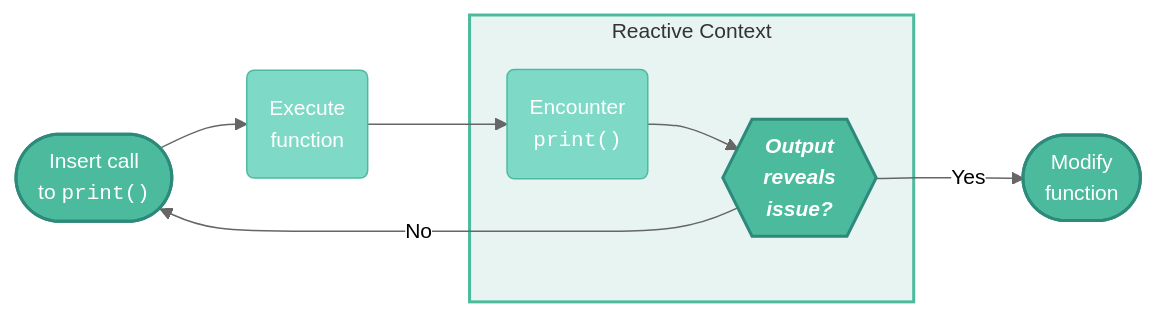
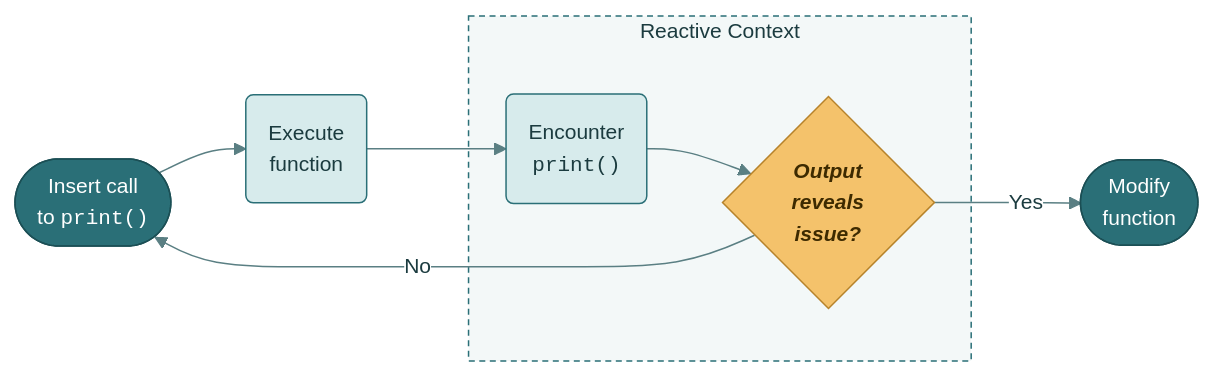
One commit to mjfrigaard/shiny-app-pkgs changed the second of 2 diagrams in debug_print.qmd. Above: the diagram before and after it, drawn with Mermaid. The commit also changed other lines of this file and 22 other files, not shown here.

First line of the commit message:
Standardize mermaid diagrams on the site teal palette

````diff
--- a/debug_print.qmd
+++ b/debug_print.qmd
@@ -132,23 +134,25 @@
 ```{mermaid}
 %%| fig-cap: "Reactive print debugging with `print()` function calls"
 %%| fig-align: center
-%%{init: {'theme': 'neutral', 'themeVariables': { 'fontFamily': 'monospace', "fontSize":"14px"}}}%%
+%%{init: {'theme': 'base', 'themeVariables': { 'fontFamily': 'monospace', "fontSize":"14px", "primaryColor":"#D7EBEC", "primaryTextColor":"#1B3B3F", "primaryBorderColor":"#2A6F77", "lineColor":"#5A7F83", "edgeLabelBackground":"#FFFFFF", "clusterBkg":"#F3F8F8", "clusterBorder":"#2A6F77", "darkMode":false}}}%%
 flowchart LR
         Insert(["Insert call<br>to <code>print()</code>"])
         Exec("Execute<br>function")
         Insert --> Exec --> Print("Encounter<br><code>print()</code>")
         subgraph Reactive["Reactive Context"]
             Print
-            Issue{{"<strong><em>Output<br>reveals<br>issue?</em></strong>"}}
+            Issue{"<strong><em>Output<br>reveals<br>issue?</em></strong>"}
             Print --> Issue
         end
         Issue -- "Yes" --> Mod(["Modify<br>function"])
         Issue -- "No" --> Insert
 
-    style Insert fill:#4CBB9D,color:#fff,stroke:#2d8a7a,stroke-width:2px
-    style Exec fill:#7fd9c7,color:#fff,stroke:#4CBB9D,stroke-width:1px
-    style Print fill:#7fd9c7,color:#fff,stroke:#4CBB9D,stroke-width:1px
-    style Issue fill:#4CBB9D,color:#fff,stroke:#2d8a7a,stroke-width:2px
-    style Mod fill:#4CBB9D,color:#fff,stroke:#2d8a7a,stroke-width:2px
-    style Reactive fill:#e8f4f1,stroke:#4CBB9D,stroke-width:2px
+    classDef term fill:#2A6F77,color:#FFFFFF,stroke:#1B4F55,stroke-width:1px
+    classDef step fill:#D7EBEC,color:#1B3B3F,stroke:#2A6F77,stroke-width:1px
+    classDef decision fill:#F4C26B,color:#3D2A00,stroke:#B7832B,stroke-width:1px
+    classDef io fill:#FFFFFF,color:#1B3B3F,stroke:#2A6F77,stroke-width:1px
+    class Insert,Mod term
+    class Exec,Print step
+    class Issue decision
+    style Reactive fill:#F3F8F8,color:#1B3B3F,stroke:#2A6F77,stroke-width:1px,stroke-dasharray:4 3
 ```
````
